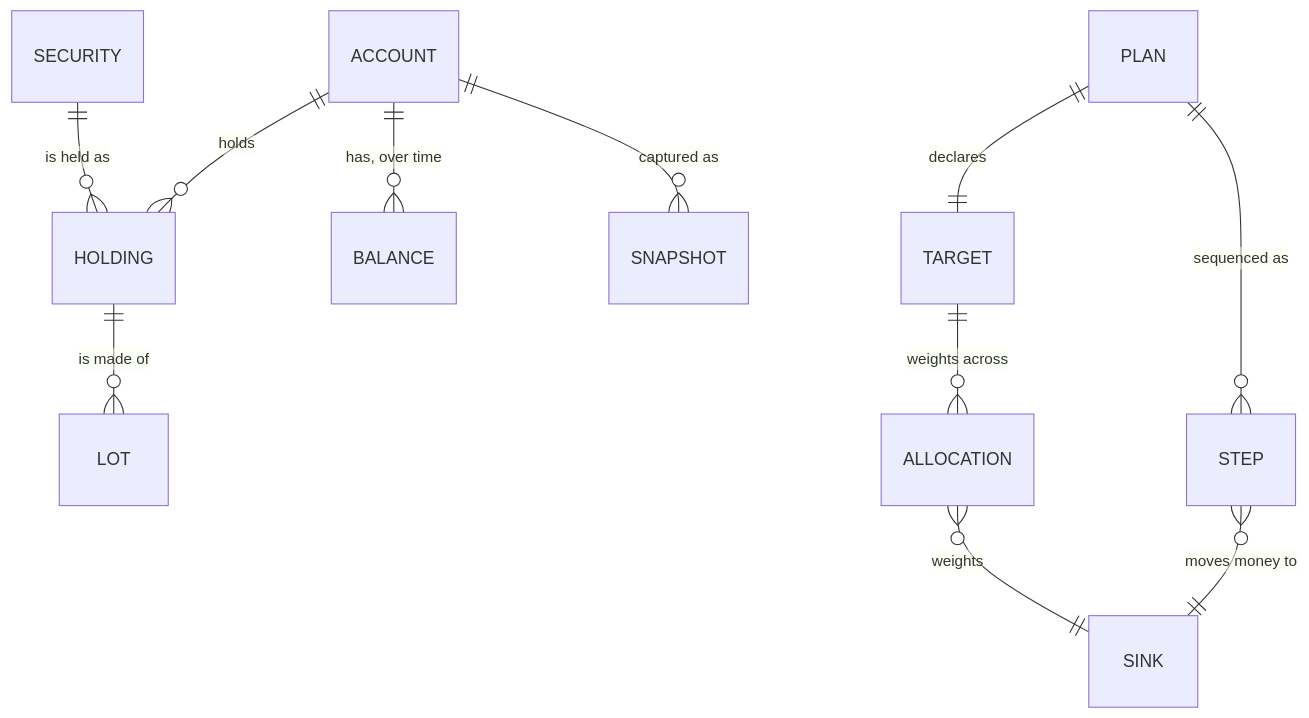
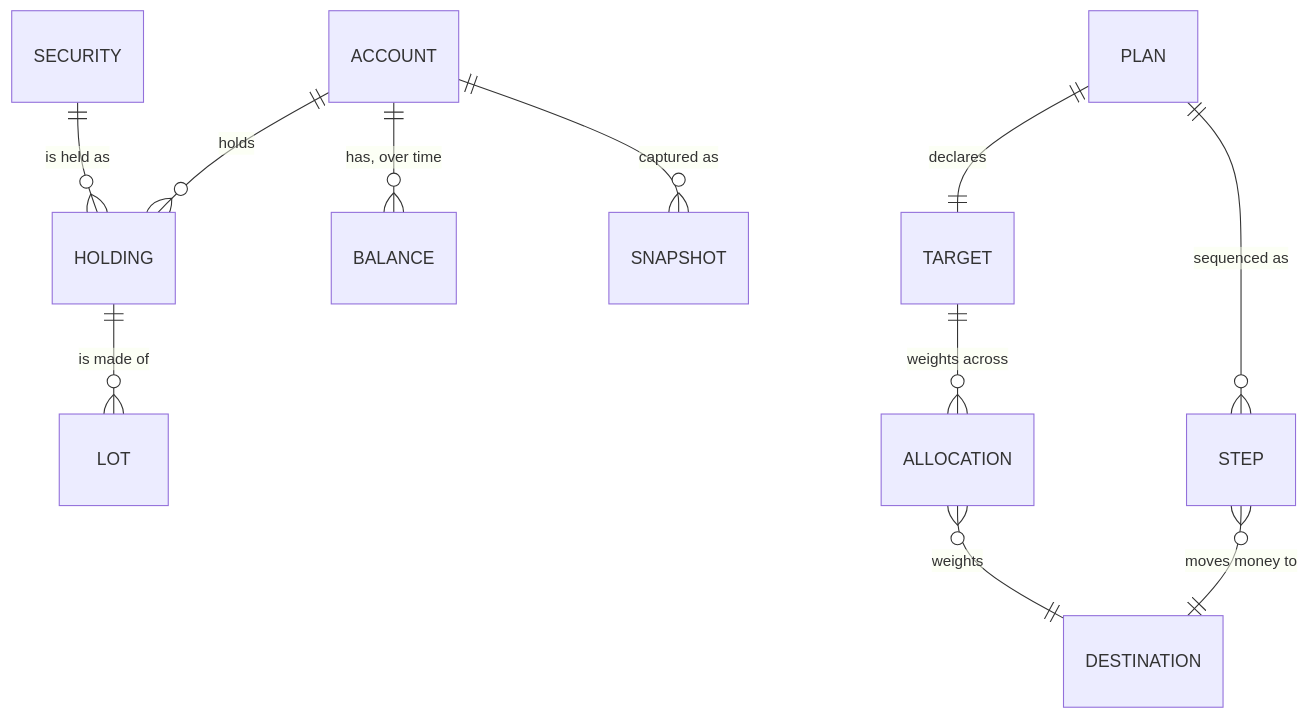
The second of 2 diagrams in docs/design/evergreen-bbd-poc.md (Heisler-Studio/foundry), drawn with Mermaid before and after one commit. The commit also changed other lines of this file and 9 other files, not shown here.

First line of the commit message:
Rename sink to destination and adopt the real security FK

````diff
--- a/docs/design/evergreen-bbd-poc.md
+++ b/docs/design/evergreen-bbd-poc.md
@@ -91,14 +91,14 @@
 ```mermaid
 erDiagram
     ACCOUNT ||--o{ HOLDING : holds
     ACCOUNT ||--o{ BALANCE : "has, over time"
     ACCOUNT ||--o{ SNAPSHOT : "captured as"
     SECURITY ||--o{ HOLDING : "is held as"
     HOLDING ||--o{ LOT : "is made of"
 
     PLAN ||--|| TARGET : declares
     PLAN ||--o{ STEP : "sequenced as"
     TARGET ||--o{ ALLOCATION : "weights across"
-    STEP }o--|| SINK : "moves money to"
-    ALLOCATION }o--|| SINK : "weights"
+    STEP }o--|| DESTINATION : "moves money to"
+    ALLOCATION }o--|| DESTINATION : "weights"
 ```
````
